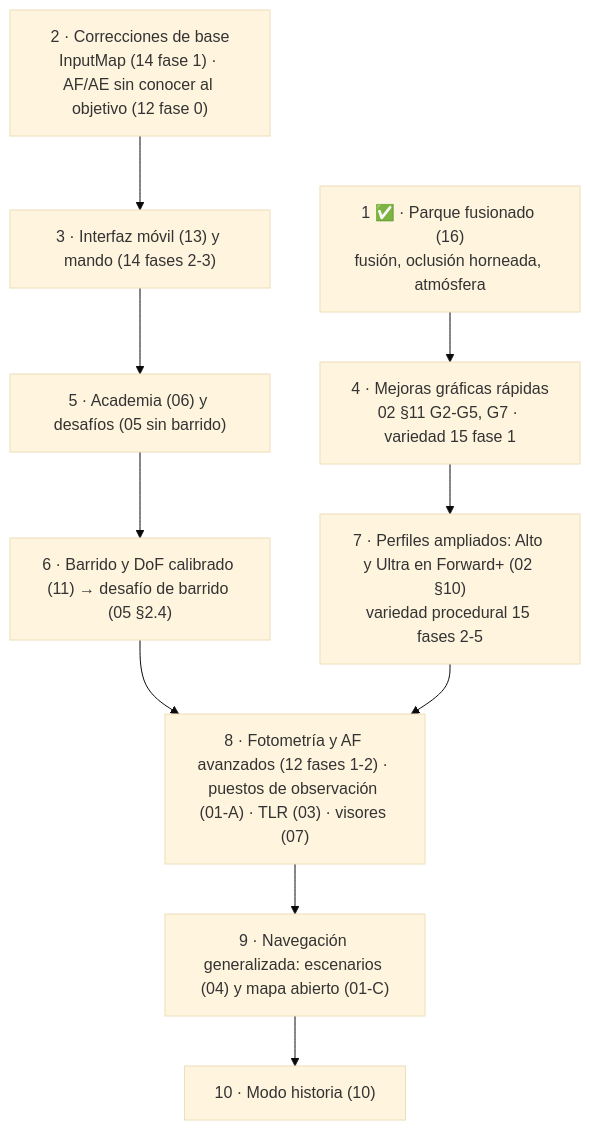
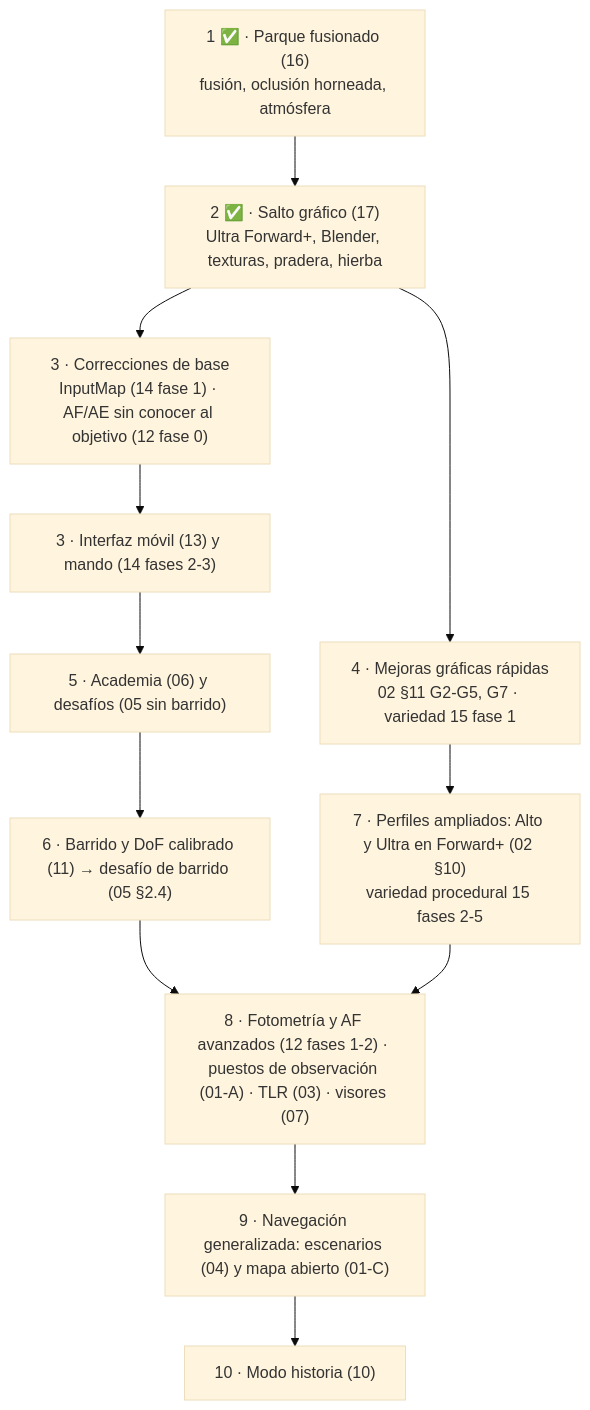
The diagram in docs/futuro/README.md (Ganso/proyecto-paparazzi), drawn with Mermaid (base theme) before and after one commit. The commit also changed other lines of this file and 187 other files, not shown here.

````diff
--- a/docs/futuro/README.md
+++ b/docs/futuro/README.md
@@ -96,12 +99,14 @@
 ```mermaid
 graph TD
-    P1["1 ✅ · Parque fusionado (16)<br/>fusión, oclusión horneada, atmósfera"] --> P4
-    P2["2 · Correcciones de base<br/>InputMap (14 fase 1) · AF/AE sin conocer al objetivo (12 fase 0)"] --> P3
+    P1["1 ✅ · Parque fusionado (16)<br/>fusión, oclusión horneada, atmósfera"] --> P17
+    P17["2 ✅ · Salto gráfico (17)<br/>Ultra Forward+, Blender, texturas, pradera, hierba"] --> P2
+    P17 --> P4
+    P2["3 · Correcciones de base<br/>InputMap (14 fase 1) · AF/AE sin conocer al objetivo (12 fase 0)"] --> P3
     P3["3 · Interfaz móvil (13) y mando (14 fases 2-3)"] --> P5
     P4["4 · Mejoras gráficas rápidas<br/>02 §11 G2-G5, G7 · variedad 15 fase 1"] --> P7
     P5["5 · Academia (06) y desafíos (05 sin barrido)"] --> P6
     P6["6 · Barrido y DoF calibrado (11) → desafío de barrido (05 §2.4)"] --> P8
     P7["7 · Perfiles ampliados: Alto y Ultra en Forward+ (02 §10)<br/>variedad procedural 15 fases 2-5"] --> P8
     P8["8 · Fotometría y AF avanzados (12 fases 1-2) · puestos de observación (01-A) · TLR (03) · visores (07)"] --> P9
     P9["9 · Navegación generalizada: escenarios (04) y mapa abierto (01-C)"] --> P10["10 · Modo historia (10)"]
 ```
````
